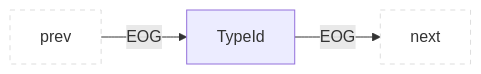
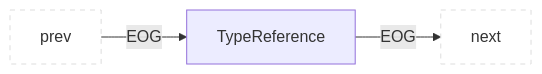
Diagram 48 of 49 in docs/docs/CPG/specs/eog.md (Fraunhofer-AISEC/cpg), drawn with Mermaid before and after one commit. The commit also changed other lines of this file and 110 other files, not shown here.

Commit message:
refactor: rename Construct→Construction, Member→MemberAccess, NewArray→ArrayConstruction, Subscript→Subscription, TypeId→TypeReference

````diff
--- a/docs/docs/CPG/specs/eog.md
+++ b/docs/docs/CPG/specs/eog.md
@@ -934,6 +934,6 @@
 ```mermaid
 flowchart LR
   classDef outer fill:#fff,stroke:#ddd,stroke-dasharray:5 5;
-  prev:::outer --EOG--> parent["TypeId"]
+  prev:::outer --EOG--> parent["TypeReference"]
   parent --EOG--> next:::outer
 ```
````
